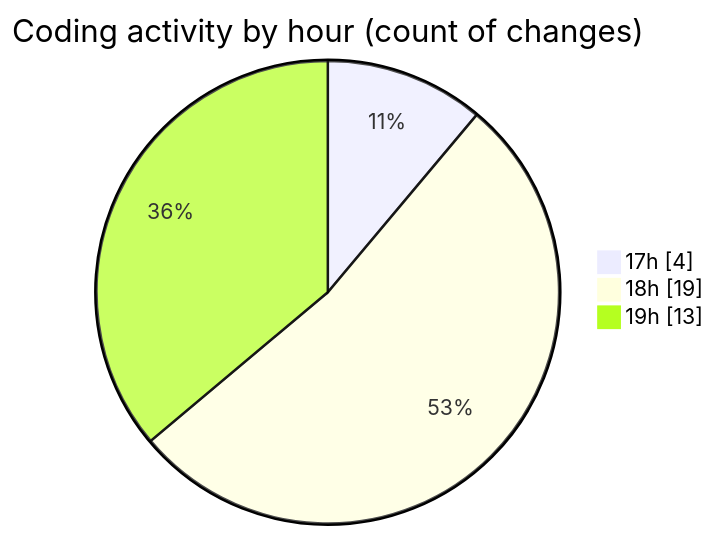
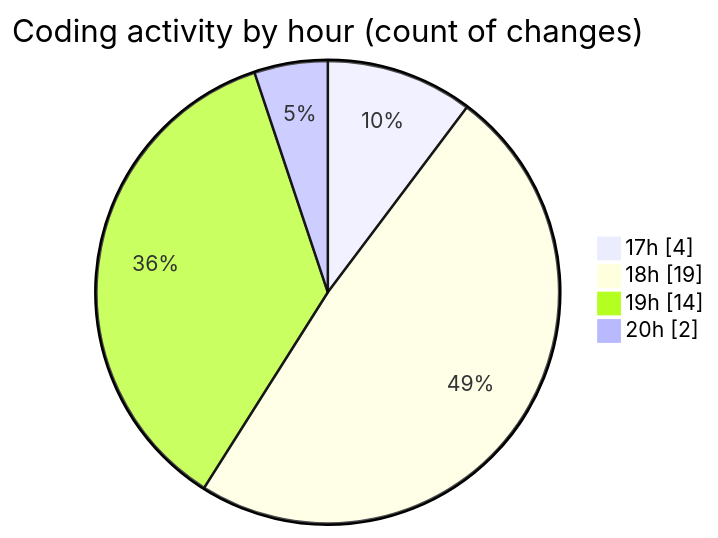
Before and after one commit to MatusMokan/code-tracking: the second of 2 diagrams in 2025-03-18/myws__workspace_/README.md, drawn with Mermaid. The commit also changed other lines of this file and 1 other file, not shown here.

````diff
--- a/2025-03-18/myws__workspace_/README.md
+++ b/2025-03-18/myws__workspace_/README.md
@@ -30,7 +30,8 @@
 ```mermaid
 pie showData
 title Coding activity by hour (count of changes)
 "17h" : 4
 "18h" : 19
-"19h" : 13
+"19h" : 14
+"20h" : 2
 ```
````
